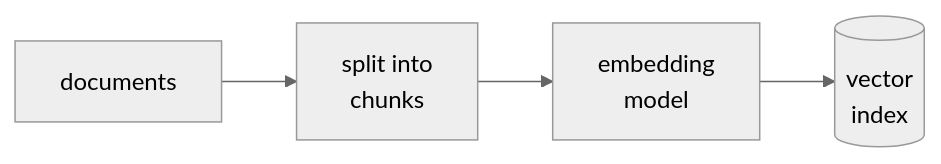
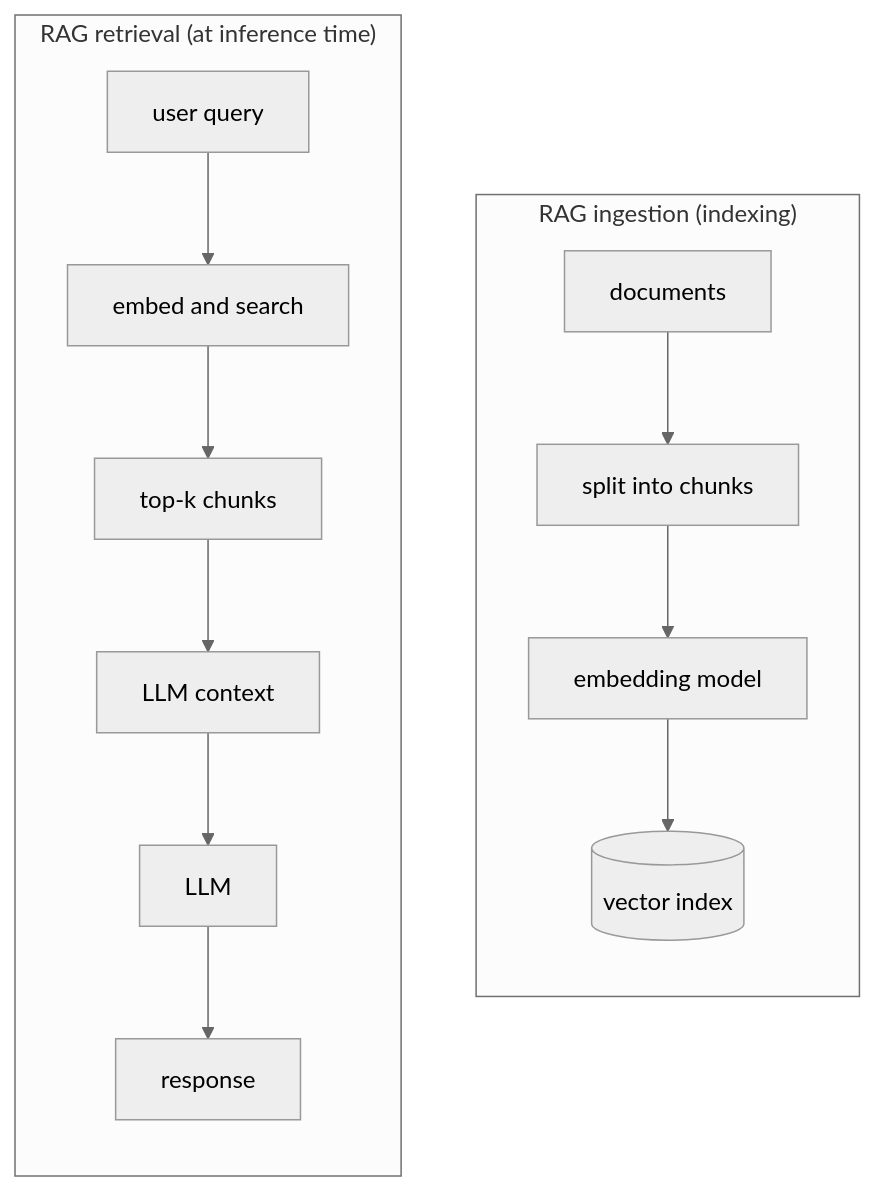
Before and after one commit to jwardon/ai-security-101: the first of 5 diagrams in 01_foundations_ai_ml.md, drawn with Mermaid (neutral theme). The commit also changed other lines of this file and 5 other files, not shown here.

Commit message:
Redesign diagrams (RAG, classifiers, agents, trust boundaries, threat-modeling loop) and show author display name

````diff
--- a/01_foundations_ai_ml.md
+++ b/01_foundations_ai_ml.md
@@ -27,4 +27,11 @@
 ```mermaid
-flowchart LR
-    docs["documents"] --> chunk["split into<br/>chunks"] --> embed["embedding<br/>model"] --> index[("vector<br/>index")]
+flowchart TB
+    subgraph ingestion["RAG ingestion (indexing)"]
+        direction TB
+        docs["documents"] --> chunk["split into chunks"] --> embed["embedding model"] --> index[("vector index")]
+    end
+    subgraph retrieval["RAG retrieval (at inference time)"]
+        direction TB
+        query["user query"] --> search["embed and search"] --> topk["top-k chunks"] --> ctx["LLM context"] --> llm["LLM"] --> resp["response"]
+    end
 ```
````
